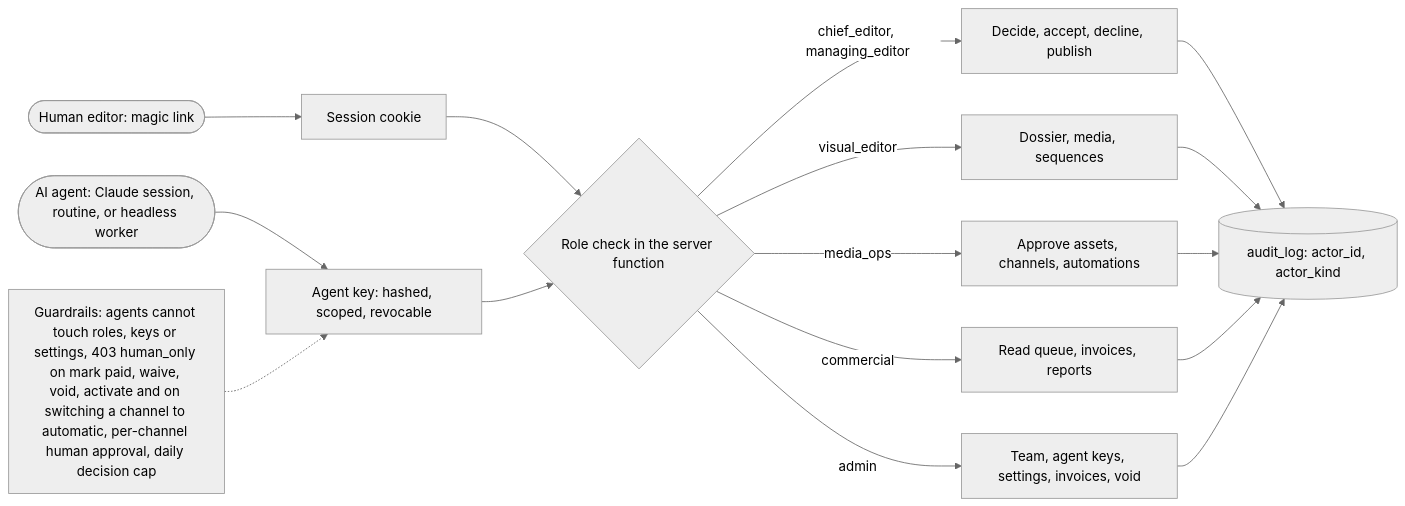
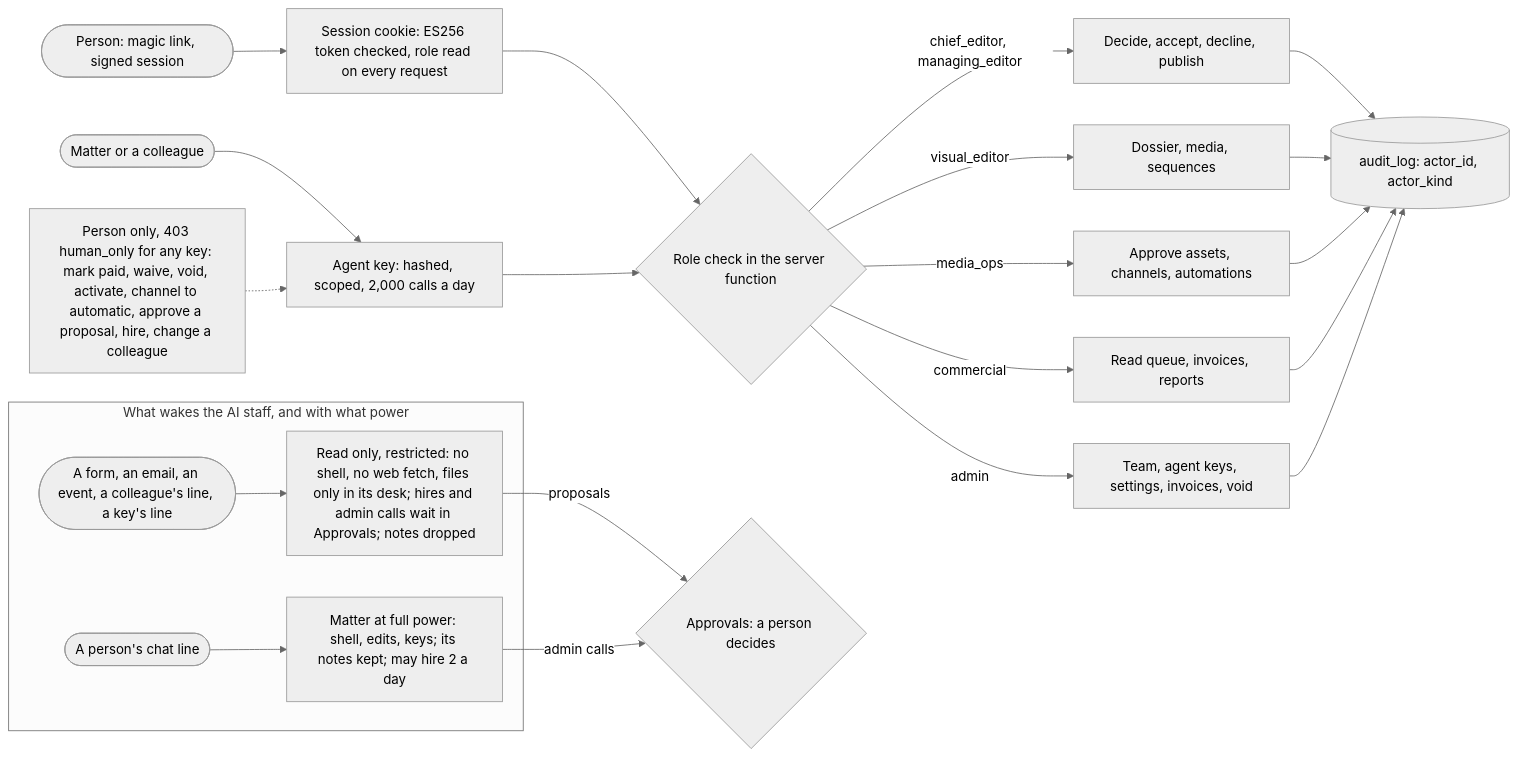
Before and after one commit to AbdulrahmanAmer/matter-of-place: the fourth of 5 diagrams in workspace/03-diagrams/architecture.md, drawn with Mermaid (neutral theme). The commit also changed other lines of this file and 24 other files, not shown here.

First line of the commit message:
diagrams: where we stand by the operator's definition, the AI company and its power rules (H100, H101), the system map with everything built, 30 admin screens; pictures re-rendered

````diff
--- a/workspace/03-diagrams/architecture.md
+++ b/workspace/03-diagrams/architecture.md
@@ -147,14 +150,21 @@
 ```mermaid
 flowchart LR
-  H([Human editor: magic link]) --> S[Session cookie]
-  A([AI agent: Claude session, routine, or headless worker]) --> K[Agent key: hashed, scoped, revocable]
+  H([Person: magic link, signed session]) --> S[Session cookie: ES256 token checked, role read on every request]
+  A([Matter or a colleague]) --> K[Agent key: hashed, scoped, 2,000 calls a day]
   S --> R{Role check in the server function}
   K --> R
   R -->|chief_editor, managing_editor| D[Decide, accept, decline, publish]
   R -->|visual_editor| M[Dossier, media, sequences]
   R -->|media_ops| AP[Approve assets, channels, automations]
   R -->|commercial| RO[Read queue, invoices, reports]
   R -->|admin| T[Team, agent keys, settings, invoices, void]
   D & M & AP & RO & T --> AU[(audit_log: actor_id, actor_kind)]
-  G[Guardrails: agents cannot touch roles, keys or settings, 403 human_only on mark paid, waive, void, activate and on switching a channel to automatic, per-channel human approval, daily decision cap] -.-> K
+  G[Person only, 403 human_only for any key: mark paid, waive, void, activate, channel to automatic, approve a proposal, hire, change a colleague] -.-> K
+
+  subgraph WAKE[What wakes the AI staff, and with what power]
+    P1([A person's chat line]) --> FULL[Matter at full power: shell, edits, keys; its notes kept; may hire 2 a day]
+    P2([A form, an email, an event, a colleague's line, a key's line]) --> READ[Read only, restricted: no shell, no web fetch, files only in its desk; hires and admin calls wait in Approvals; notes dropped]
+  end
+  READ -->|proposals| APPR{Approvals: a person decides}
+  FULL -->|admin calls| APPR
 ```
````
